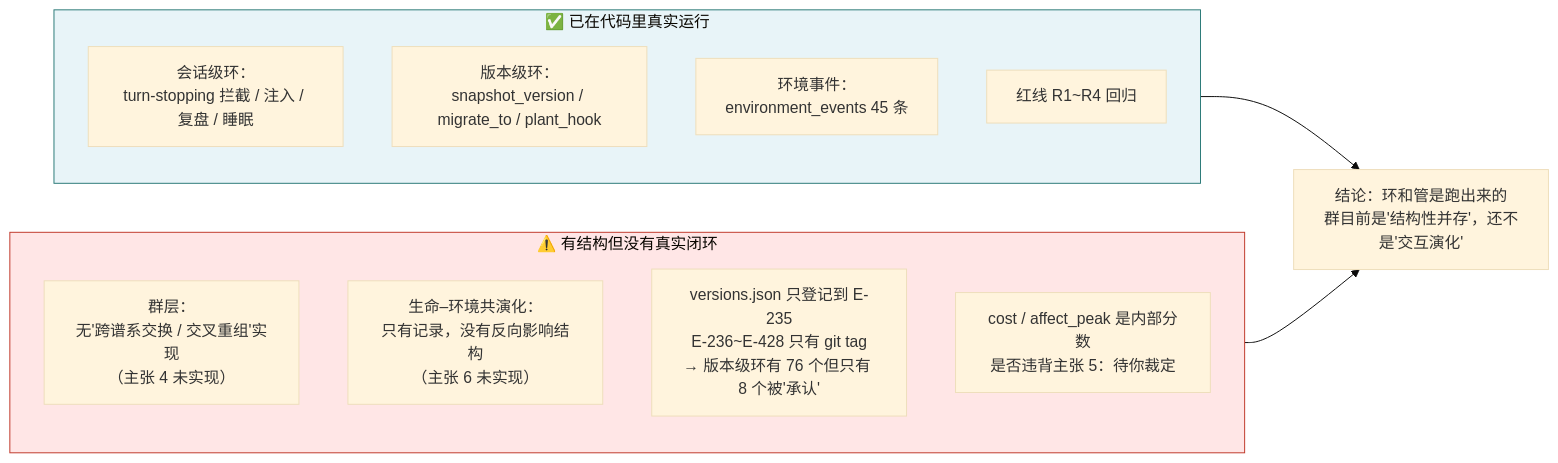
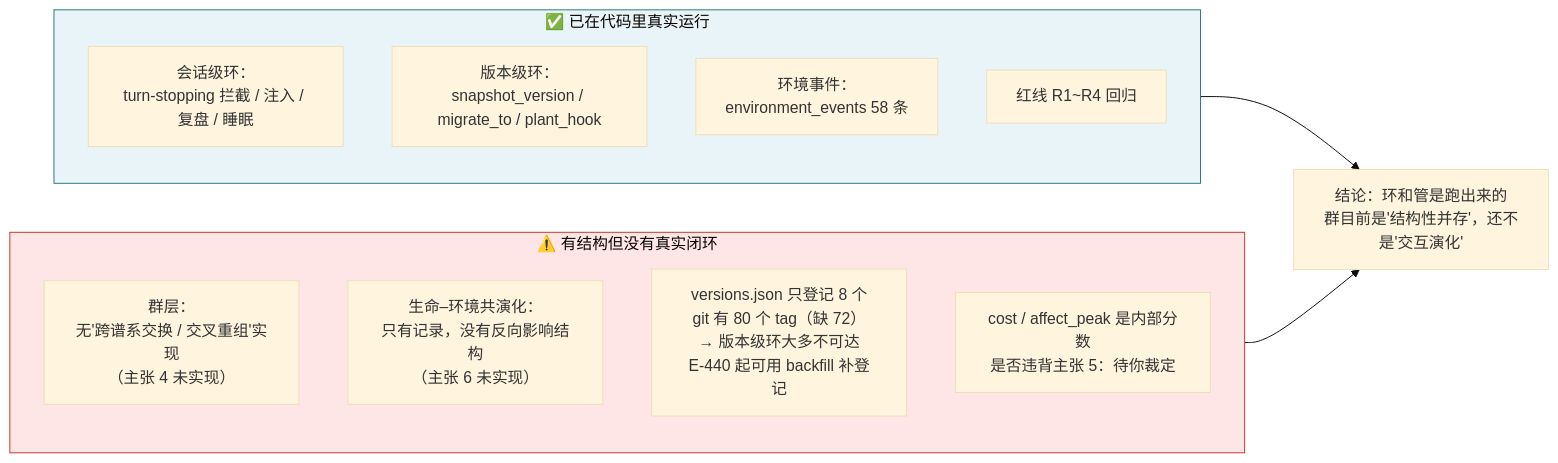
One commit to Roxy-DD/fatfish-heart changed the seventh of 8 diagrams in docs/78 生命周期图-环管群.md. Above: the diagram before and after it, drawn with Mermaid (base theme). The commit also changed other lines of this file and 17 other files, not shown here.

````diff
--- a/docs/78 生命周期图-环管群.md
+++ b/docs/78 生命周期图-环管群.md
@@ -279,22 +279,22 @@
 ```mermaid
 flowchart LR
     subgraph OK["✅ 已在代码里真实运行"]
         O1["会话级环：<br/>turn-stopping 拦截 / 注入 / 复盘 / 睡眠"]
         O2["版本级环：<br/>snapshot_version / migrate_to / plant_hook"]
-        O3["环境事件：<br/>environment_events 45 条"]
+        O3["环境事件：<br/>environment_events 58 条"]
         O4["红线 R1~R4 回归"]
     end
 
     subgraph GAP["⚠️ 有结构但没有真实闭环"]
         P1["群层：<br/>无'跨谱系交换 / 交叉重组'实现<br/>（主张 4 未实现）"]
         P2["生命–环境共演化：<br/>只有记录，没有反向影响结构<br/>（主张 6 未实现）"]
-        P3["versions.json 只登记到 E-235<br/>E-236~E-428 只有 git tag<br/>→ 版本级环有 76 个但只有 8 个被'承认'"]
+        P3["versions.json 只登记 8 个<br/>git 有 80 个 tag（缺 72）<br/>→ 版本级环大多不可达<br/>E-440 起可用 backfill 补登记"]
         P4["cost / affect_peak 是内部分数<br/>是否违背主张 5：待你裁定"]
     end
 
     OK --> NOTE1["结论：环和管是跑出来的<br/>群目前是'结构性并存'，还不是'交互演化'"]
     GAP --> NOTE1
 
     style OK fill:#e8f4f8,stroke:#2b7a78
     style GAP fill:#ffe6e6,stroke:#c0392b
 ```
````
